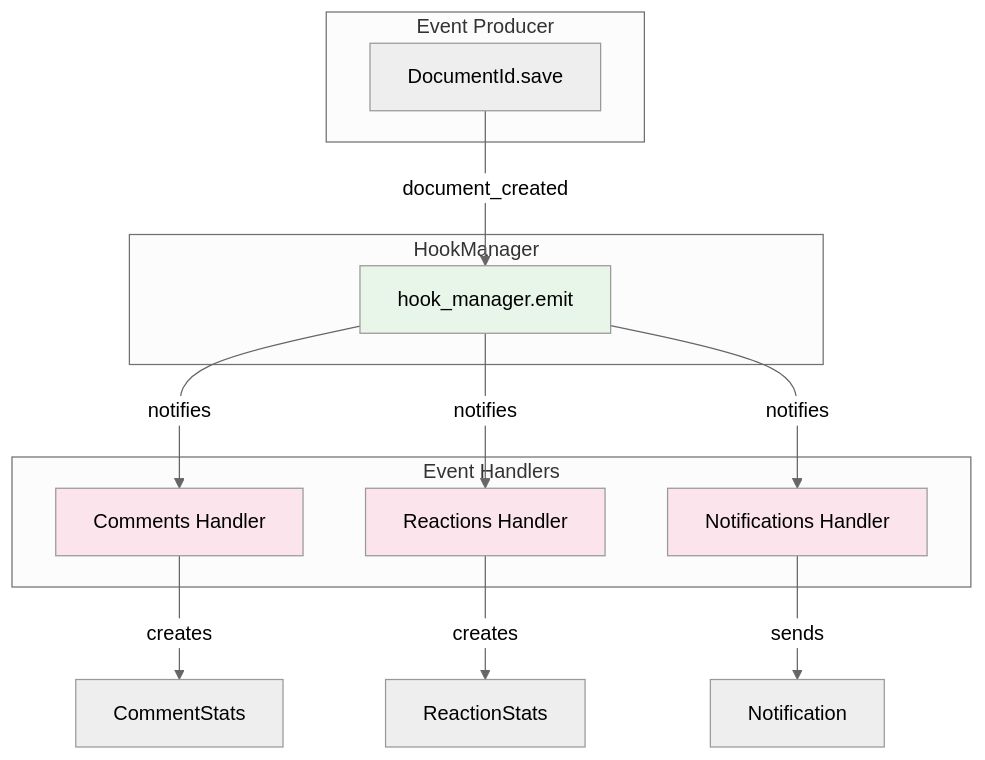
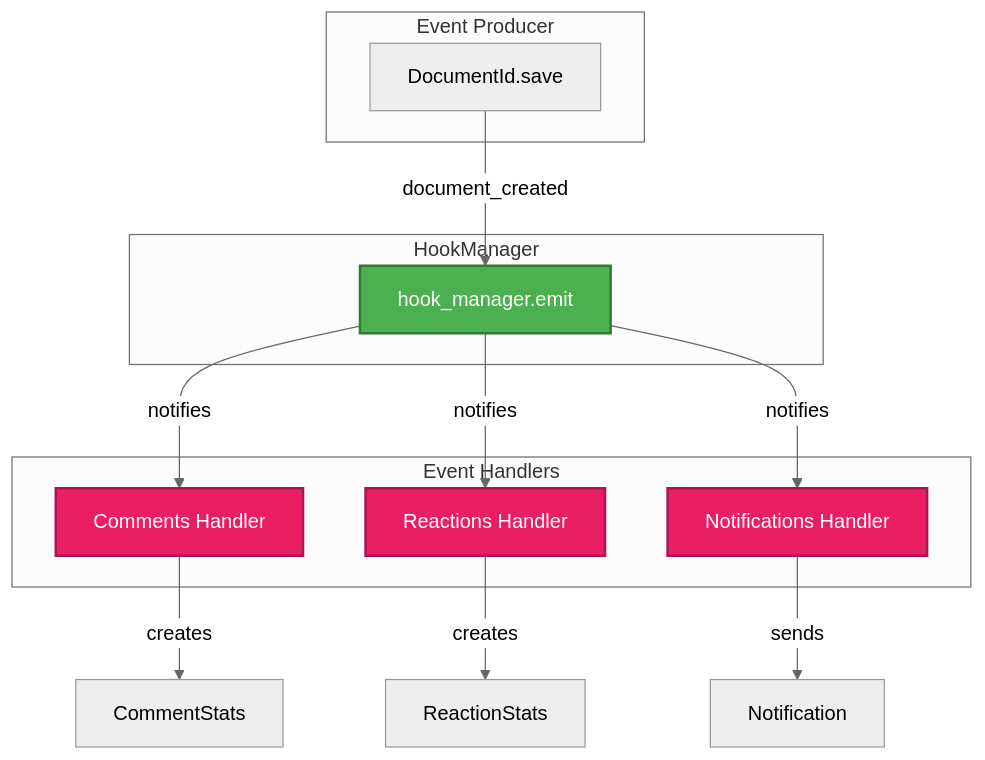
One commit to silverlogic/baseapp-backend changed the fifth of 8 diagrams in PLUGIN_ARCHITECTURE.md. Above: the diagram before and after it, drawn with Mermaid (neutral theme). The commit also changed other lines of this file, not shown here.

````diff
--- a/PLUGIN_ARCHITECTURE.md
+++ b/PLUGIN_ARCHITECTURE.md
@@ -450,30 +450,30 @@
 ```mermaid
 graph TB
     subgraph "Event Producer"
         DI[DocumentId.save]
     end
     
     subgraph "HookManager"
         HM[hook_manager.emit]
     end
     
     subgraph "Event Handlers"
         CH[Comments Handler]
         RH[Reactions Handler]
         NH[Notifications Handler]
     end
     
     DI -->|document_created| HM
     HM -->|notifies| CH
     HM -->|notifies| RH
     HM -->|notifies| NH
     
     CH -->|creates| CS[CommentStats]
     RH -->|creates| RS[ReactionStats]
     NH -->|sends| NOT[Notification]
     
-    style HM fill:#e8f5e9
-    style CH fill:#fce4ec
-    style RH fill:#fce4ec
-    style NH fill:#fce4ec
+    style HM fill:#4CAF50,stroke:#2E7D32,stroke-width:2px,color:#fff
+    style CH fill:#E91E63,stroke:#AD1457,stroke-width:2px,color:#fff
+    style RH fill:#E91E63,stroke:#AD1457,stroke-width:2px,color:#fff
+    style NH fill:#E91E63,stroke:#AD1457,stroke-width:2px,color:#fff
 ```
````
